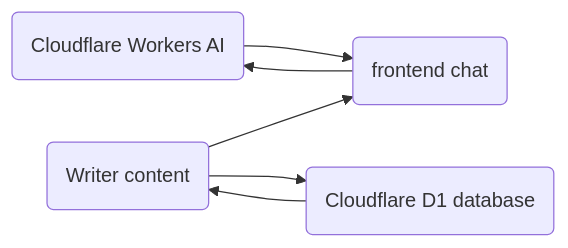
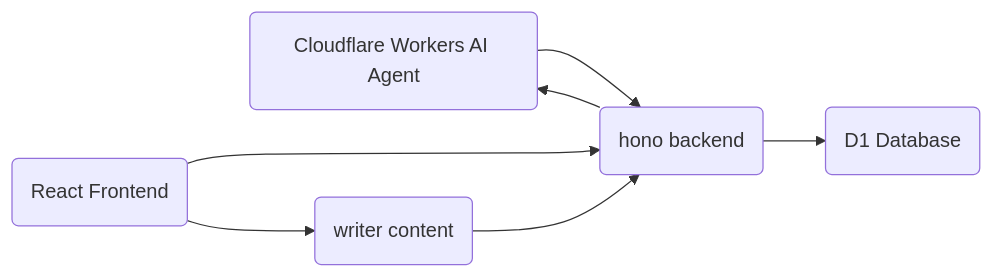
Before and after one commit to haru-02/cf_ai_wraiter: the diagram in README.md, drawn with Mermaid.

````diff
--- a/README.md
+++ b/README.md
@@ -28,8 +28,9 @@
 ```mermaid
 graph LR
-A(Cloudflare Workers AI) -->B(frontend chat)
+A(Cloudflare Workers AI Agent) -->B(hono backend)
 B --> A
-C(Writer content) --> B
-C --> D(Cloudflare D1 database)
-D --> C
+C(React Frontend) --> B
+C --> D(writer content)
+D --> B
+B --> E(D1 Database)
 ```
````
